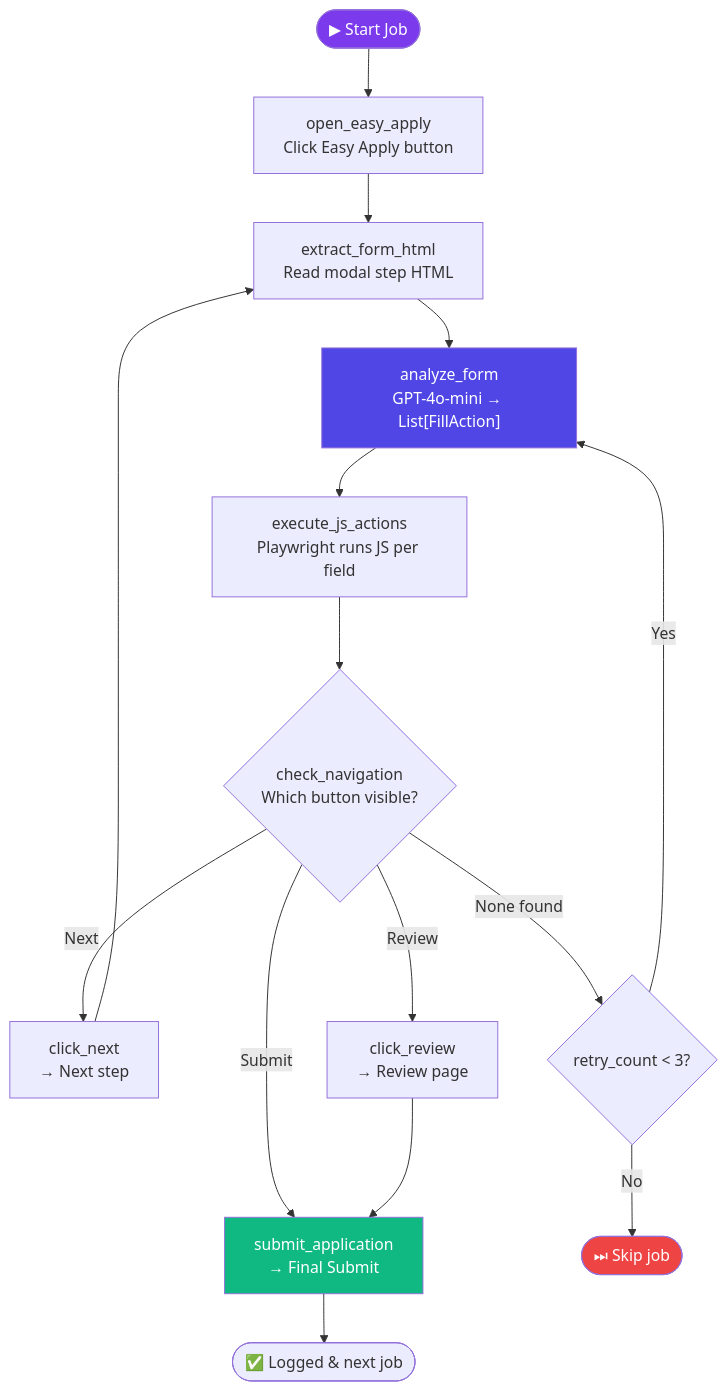
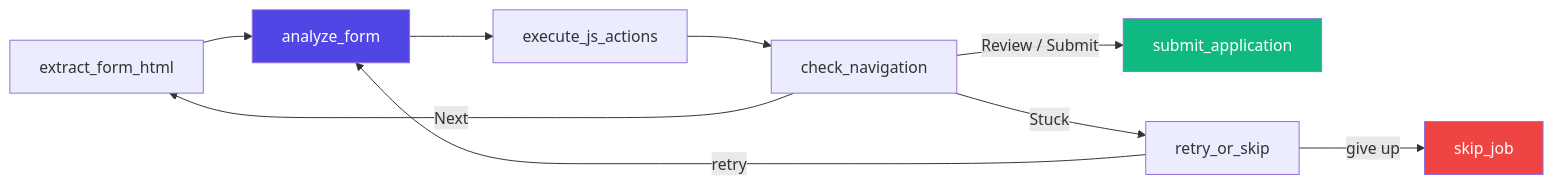
The second of 3 diagrams in README.md (akashcodejames/Agentic_Job_Apply), drawn with Mermaid before and after one commit. The commit also changed other lines of this file, not shown here.

Commit message:
docs: simplify architecture diagram, add educational use disclaimer

````diff
--- a/README.md
+++ b/README.md
@@ -51,35 +58,17 @@
 ```mermaid
-flowchart TD
-    start_job(["▶ Start Job"]) --> open_easy_apply
-
-    open_easy_apply["open_easy_apply<br/>Click Easy Apply button"]
-    extract_form_html["extract_form_html<br/>Read modal step HTML"]
-    analyze_form["analyze_form<br/>GPT-4o-mini → List[FillAction]"]
-    execute_js_actions["execute_js_actions<br/>Playwright runs JS per field"]
-    check_navigation{"check_navigation<br/>Which button visible?"}
-    click_next["click_next<br/>→ Next step"]
-    click_review["click_review<br/>→ Review page"]
-    submit_application["submit_application<br/>→ Final Submit"]
-    retry_or_skip{"retry_count < 3?"}
-    log_success(["✅ Logged & next job"])
-    skip_job(["⏭ Skip job"])
-
-    open_easy_apply --> extract_form_html
+flowchart LR
     extract_form_html --> analyze_form
     analyze_form --> execute_js_actions
     execute_js_actions --> check_navigation
-    check_navigation -- "Next" --> click_next
-    check_navigation -- "Review" --> click_review
-    check_navigation -- "Submit" --> submit_application
-    check_navigation -- "None found" --> retry_or_skip
-    click_next --> extract_form_html
-    click_review --> submit_application
-    submit_application --> log_success
-    retry_or_skip -- "Yes" --> analyze_form
-    retry_or_skip -- "No" --> skip_job
 
-    style start_job fill:#7c3aed,color:#fff
+    check_navigation -- "Next" --> extract_form_html
+    check_navigation -- "Review / Submit" --> submit_application
+    check_navigation -- "Stuck" --> retry_or_skip
+
+    retry_or_skip -- "retry" --> analyze_form
+    retry_or_skip -- "give up" --> skip_job
+
     style submit_application fill:#10b981,color:#fff
     style skip_job fill:#ef4444,color:#fff
     style analyze_form fill:#4f46e5,color:#fff
 ```
````
